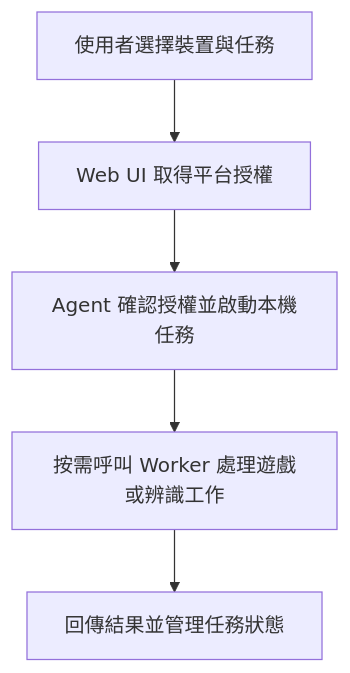
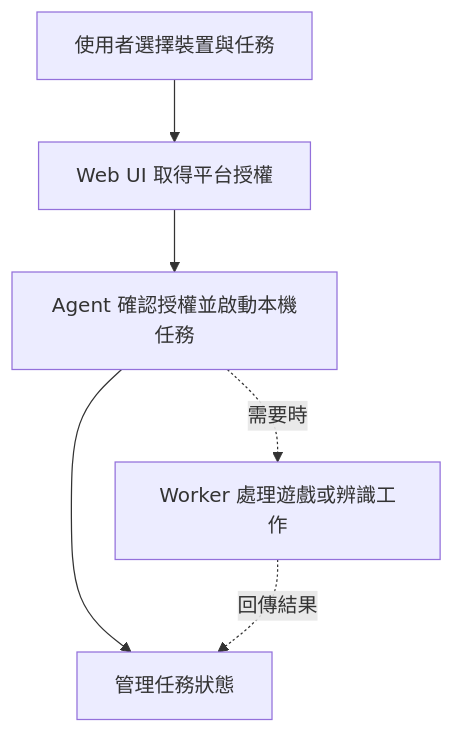
One commit to highhao/desktop-control-platform changed the diagram in architecture-demo.md. Above: the diagram before and after it, drawn with Mermaid.

Commit message:
Show optional worker step

````diff
--- a/architecture-demo.md
+++ b/architecture-demo.md
@@ -7,7 +7,8 @@
 ```mermaid
 flowchart TB
     A[使用者選擇裝置與任務] --> B[Web UI 取得平台授權]
     B --> C[Agent 確認授權並啟動本機任務]
-    C --> D[按需呼叫 Worker 處理遊戲或辨識工作]
-    D --> E[回傳結果並管理任務狀態]
+    C --> E[管理任務狀態]
+    C -. 需要時 .-> D[Worker 處理遊戲或辨識工作]
+    D -. 回傳結果 .-> E
 ```
````
